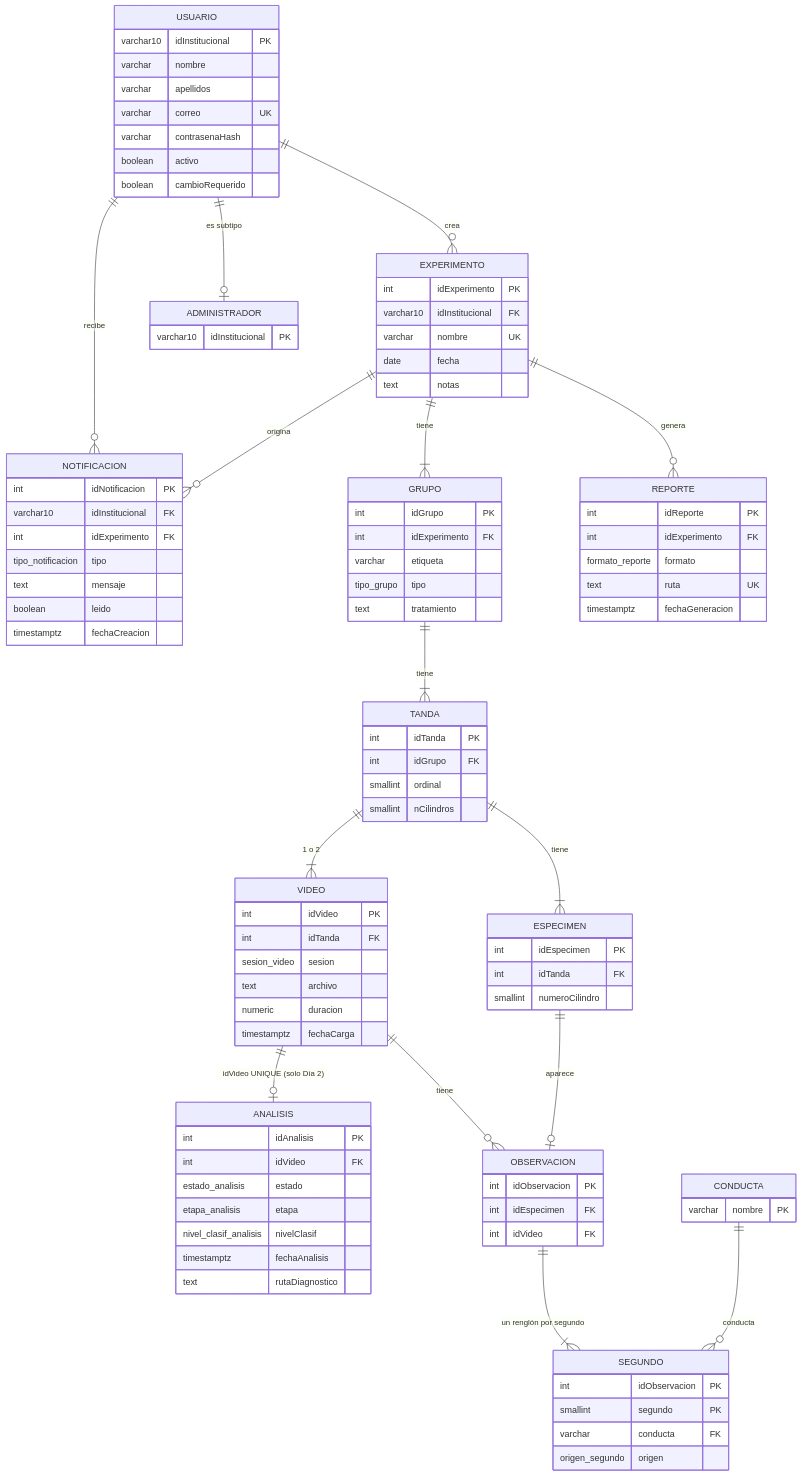
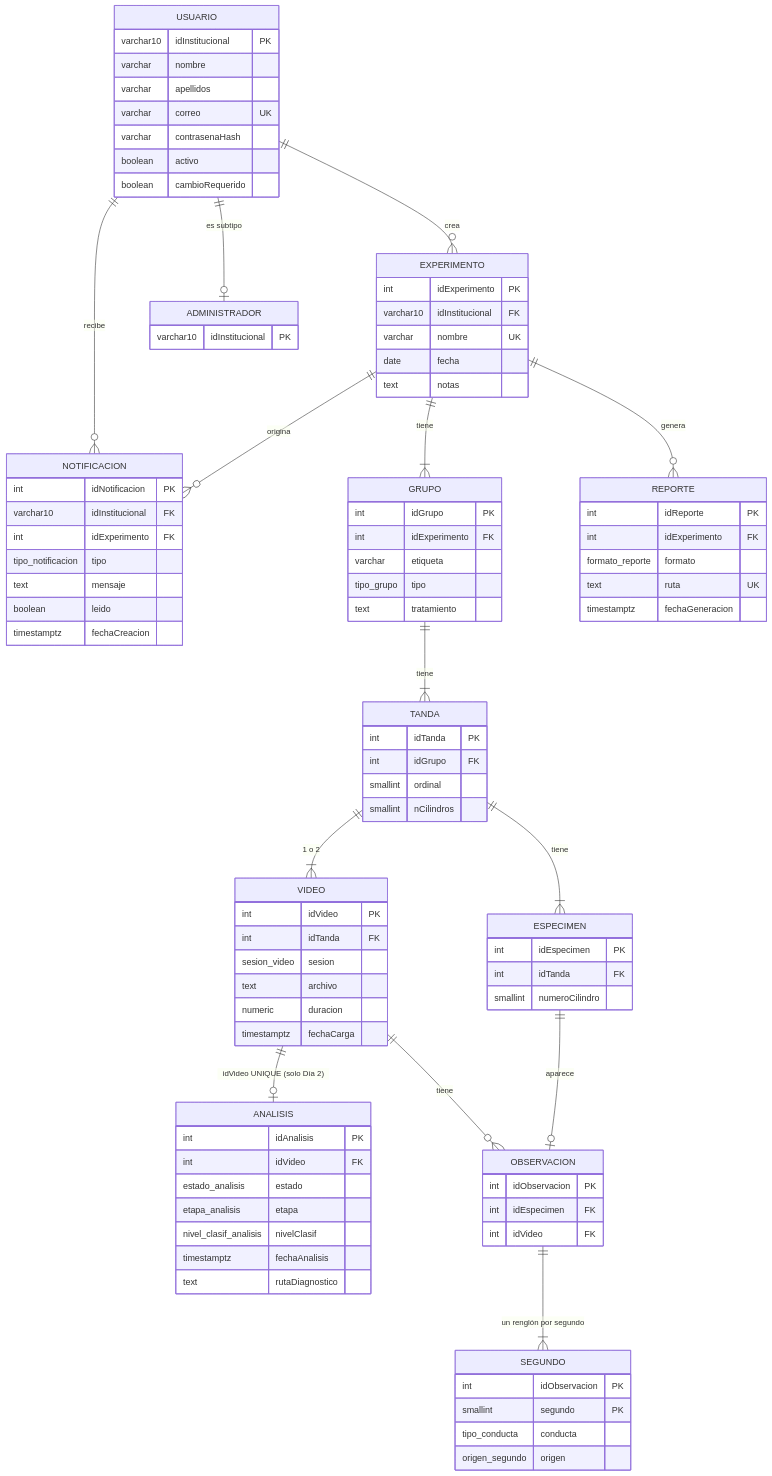
The fourth of 39 diagrams in INSTRUCCIONES-WEB.md (ErickJester/fst-ai-system-latex), drawn with Mermaid before and after one commit. The commit also changed other lines of this file and 33 other files, not shown here.

````diff
--- a/INSTRUCCIONES-WEB.md
+++ b/INSTRUCCIONES-WEB.md
@@ -447,76 +447,74 @@
 ```mermaid
 erDiagram
   USUARIO ||--o{ EXPERIMENTO : crea
   USUARIO ||--o{ NOTIFICACION : recibe
   USUARIO ||--o| ADMINISTRADOR : "es subtipo"
   EXPERIMENTO ||--|{ GRUPO : tiene
   EXPERIMENTO ||--o{ REPORTE : genera
   EXPERIMENTO ||--o{ NOTIFICACION : origina
   GRUPO ||--|{ TANDA : tiene
   TANDA ||--|{ ESPECIMEN : tiene
   TANDA ||--|{ VIDEO : "1 o 2"
   VIDEO ||--o| ANALISIS : "idVideo UNIQUE (solo Día 2)"
   VIDEO ||--o{ OBSERVACION : tiene
   ESPECIMEN ||--o| OBSERVACION : aparece
   OBSERVACION ||--|{ SEGUNDO : "un renglón por segundo"
-  CONDUCTA ||--o{ SEGUNDO : "conducta"
 
   USUARIO { varchar10 idInstitucional PK
             varchar nombre
             varchar apellidos
             varchar correo UK
             varchar contrasenaHash
             boolean activo
             boolean cambioRequerido }
   EXPERIMENTO { int idExperimento PK
                 varchar10 idInstitucional FK
                 varchar nombre UK
                 date fecha
                 text notas }
   GRUPO { int idGrupo PK
           int idExperimento FK
           varchar etiqueta
           tipo_grupo tipo
           text tratamiento }
   TANDA { int idTanda PK
           int idGrupo FK
           smallint ordinal
           smallint nCilindros }
   ESPECIMEN { int idEspecimen PK
               int idTanda FK
               smallint numeroCilindro }
   VIDEO { int idVideo PK
           int idTanda FK
           sesion_video sesion
           text archivo
           numeric duracion
           timestamptz fechaCarga }
   ANALISIS { int idAnalisis PK
              int idVideo FK
              estado_analisis estado
              etapa_analisis etapa
              nivel_clasif_analisis nivelClasif
              timestamptz fechaAnalisis
              text rutaDiagnostico }
   OBSERVACION { int idObservacion PK
                 int idEspecimen FK
                 int idVideo FK }
-  CONDUCTA { varchar nombre PK }
   SEGUNDO { int idObservacion PK
             smallint segundo PK
-            varchar conducta FK
+            tipo_conducta conducta
             origen_segundo origen }
   ADMINISTRADOR { varchar10 idInstitucional PK }
   REPORTE { int idReporte PK
             int idExperimento FK
             formato_reporte formato
             text ruta UK
             timestamptz fechaGeneracion }
   NOTIFICACION { int idNotificacion PK
                  varchar10 idInstitucional FK
                  int idExperimento FK
                  tipo_notificacion tipo
                  text mensaje
                  boolean leido
                  timestamptz fechaCreacion }
 ```
````
